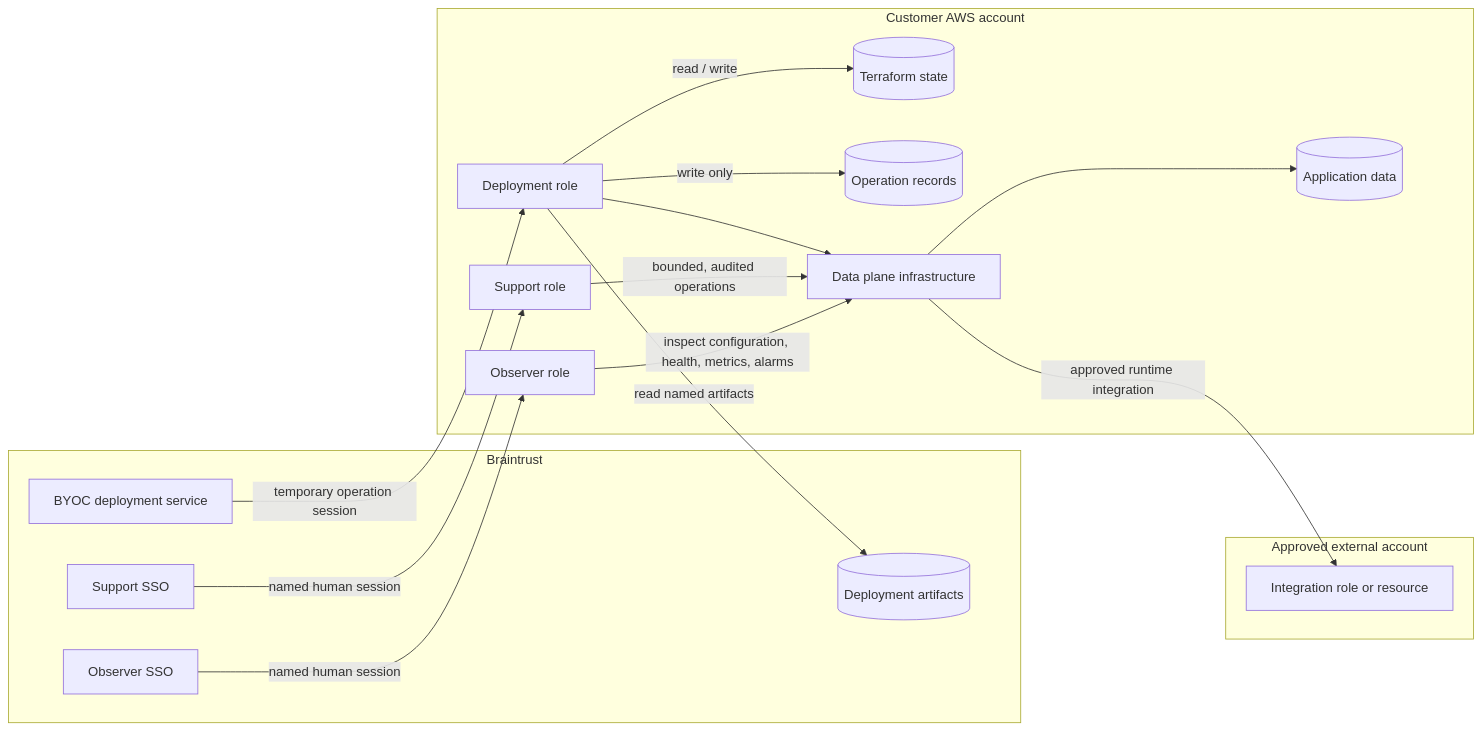
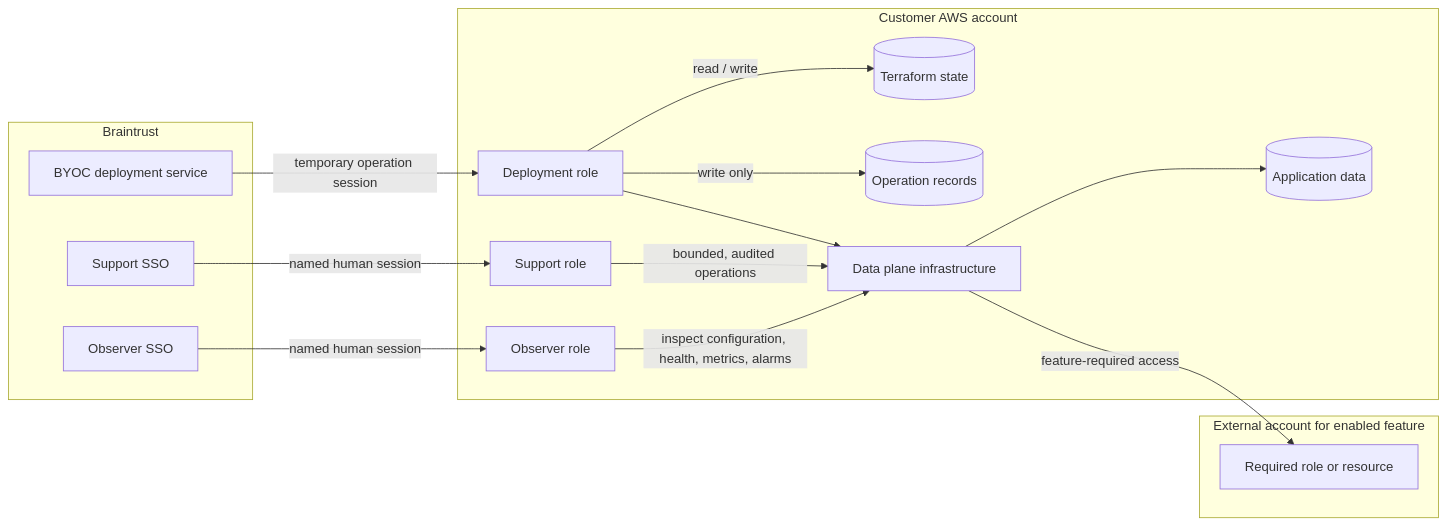
The diagram in managed-byoc-v2/README.md (braintrustdata/terraform-aws-braintrust-data-plane), drawn with Mermaid before and after one commit. The commit also changed other lines of this file and 3 other files, not shown here.

Commit message:
docs: clarify BYOC feature access model

````diff
--- a/managed-byoc-v2/README.md
+++ b/managed-byoc-v2/README.md
@@ -30,35 +30,33 @@
 ```mermaid
 flowchart LR
     subgraph Braintrust
         M[BYOC deployment service]
         H[Support SSO]
         O[Observer SSO]
-        B[(Deployment artifacts)]
     end
 
     subgraph Customer AWS account
         D[Deployment role]
         S[Support role]
         R[Observer role]
         T[(Terraform state)]
         L[(Operation records)]
         I[Data plane infrastructure]
         A[(Application data)]
     end
 
-    subgraph Approved external account
-        X[Integration role or resource]
+    subgraph External account for enabled feature
+        X[Required role or resource]
     end
 
     M -->|temporary operation session| D
     H -->|named human session| S
     O -->|named human session| R
     D -->|read / write| T
     D -->|write only| L
-    D -->|read named artifacts| B
     D --> I
     S -->|bounded, audited operations| I
     R -->|inspect configuration, health, metrics, alarms| I
     I --> A
-    I -->|approved runtime integration| X
+    I -->|feature-required access| X
 ```
````
